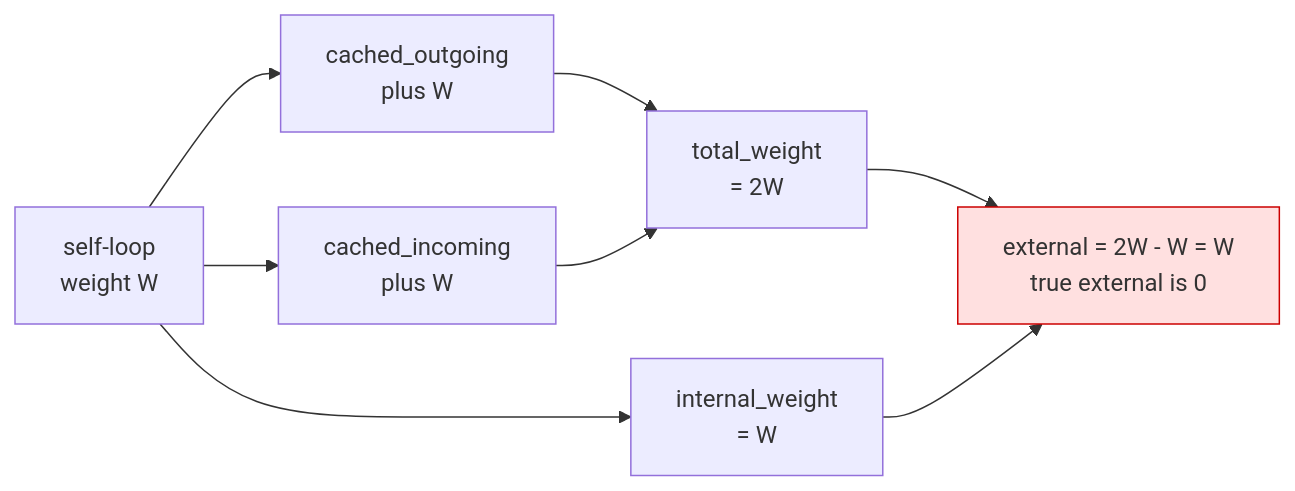
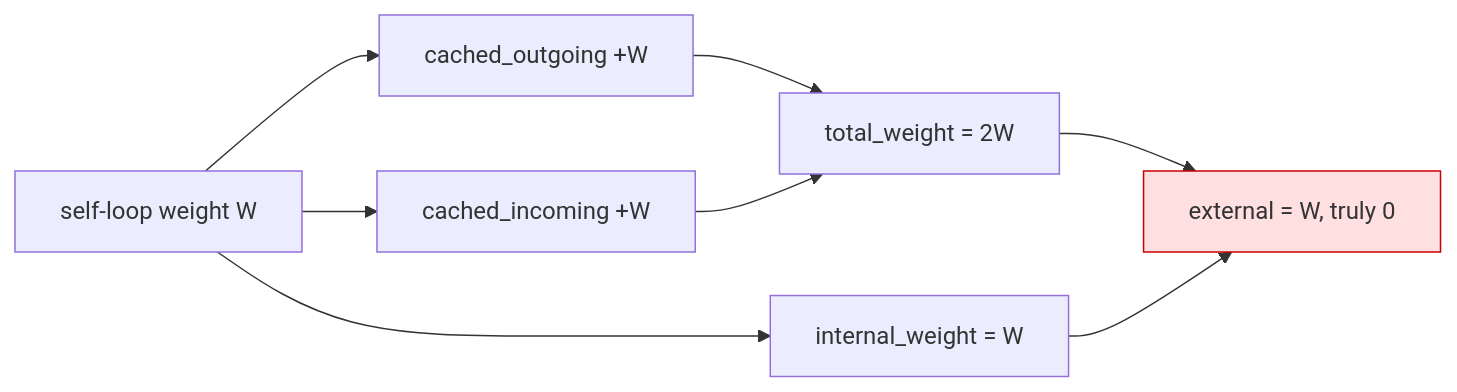
The ninth of 9 diagrams in README.md (mondweep/vibe-cast), drawn with Mermaid before and after one commit. The commit also changed other lines of this file, not shown here.

````diff
--- a/README.md
+++ b/README.md
@@ -731,11 +757,11 @@
 ```mermaid
 flowchart LR
-    L["self-loop<br/>weight W"] --> A["cached_outgoing<br/>plus W"]
-    L --> B["cached_incoming<br/>plus W"]
-    A --> T["total_weight<br/>= 2W"]
+    L["self-loop weight W"] --> A["cached_outgoing +W"]
+    L --> B["cached_incoming +W"]
+    A --> T["total_weight = 2W"]
     B --> T
-    L --> I["internal_weight<br/>= W"]
-    T --> E["external = 2W - W = W<br/>true external is 0"]
+    L --> I["internal_weight = W"]
+    T --> E["external = W, truly 0"]
     I --> E
     style E fill:#ffe0e0,stroke:#c00
 ```
````
